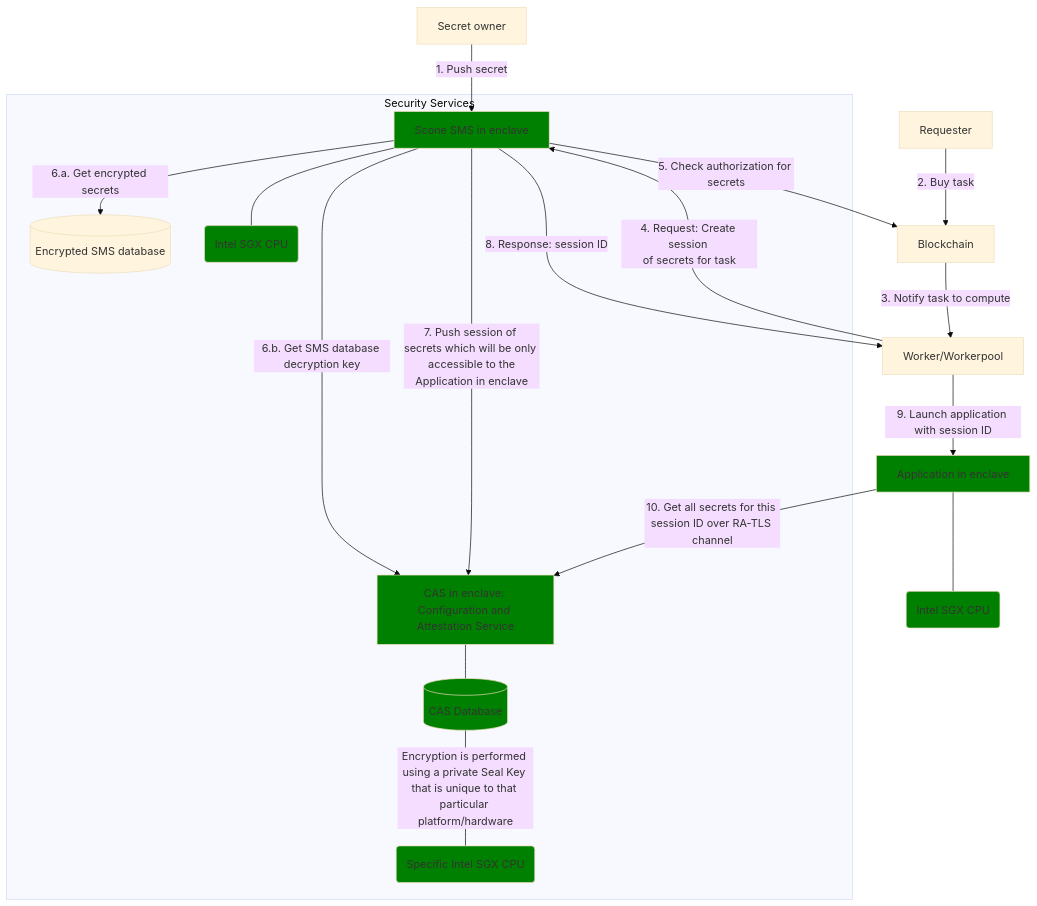
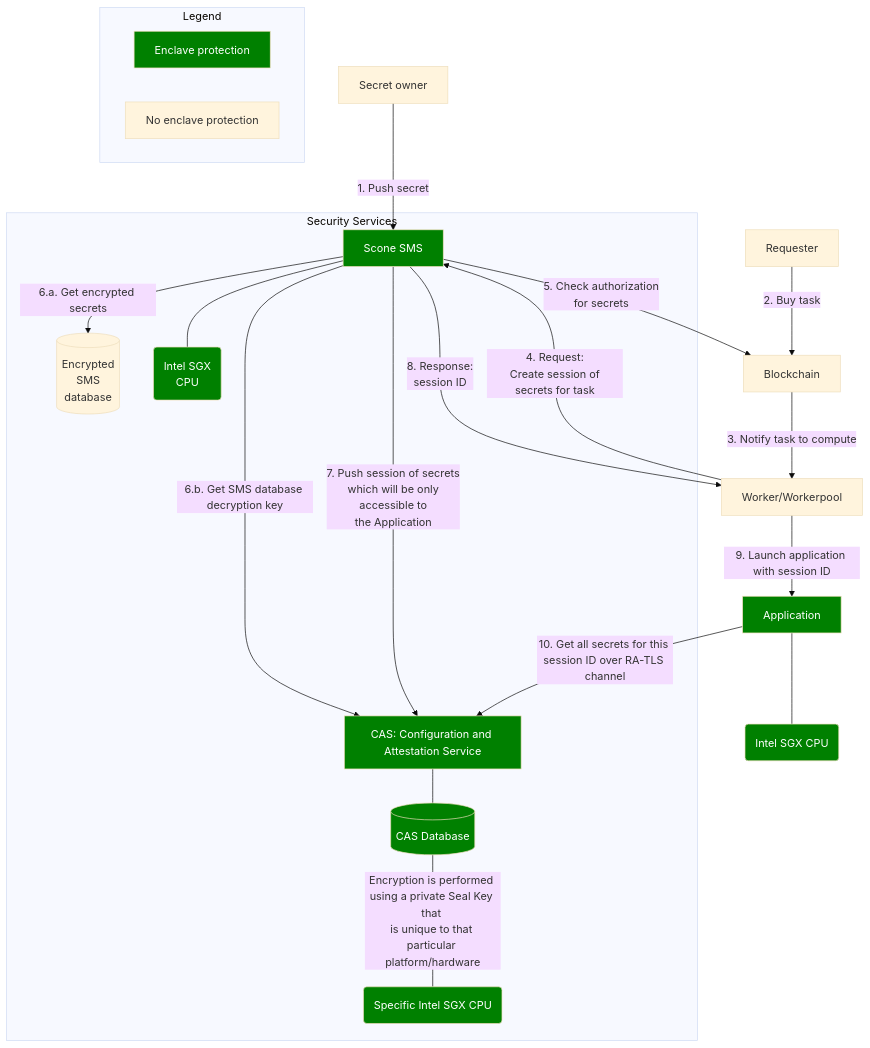
The diagram in for-developers/go-to-production.md (iExecBlockchainComputing/documentation), drawn with Mermaid (base theme) before and after one commit.

Commit message:
Format prod graph

````diff
--- a/for-developers/go-to-production.md
+++ b/for-developers/go-to-production.md
@@ -25,35 +25,41 @@
 ```mermaid
 graph TD
     S[Secret owner] -->|1. Push secret| SMS
     Req[Requester] --> |2. Buy task| Chain
     Chain[Blockchain] --> |3. Notify task to compute| Worker[Worker/Workerpool]
-    Worker --> |4. Request: Create session <br>of secrets for task| SMS
-    SMS --> |5. Check authorization for secrets| Chain
+    Worker --> |4. Request:<br> Create session of secrets for task| SMS
+    SMS --> |5. Check authorization <br>for secrets| Chain
     SMS --> |6.a. Get encrypted secrets| SMSDB
     SMS --> |6.b. Get SMS database decryption key| CAS
-    SMS --> |7. Push session of secrets which will be only <br> accessible to the Application in enclave| CAS
-    SMS --> |8. Response: session ID| Worker
-    Worker --> |9. Launch application with session ID| App[Application in enclave]
+    SMS --> |7. Push session of secrets <br>which will be only <br> accessible to <br>the Application| CAS
+    SMS --> |8. Response: <br>session ID| Worker
+    Worker --> |9. Launch application with session ID| App[Application]
     App --> |10. Get all secrets for this session ID over RA-TLS channel| CAS
     SMS --- SMSCPU
     App --- AppCPU(Intel SGX CPU)
     CAS --- CASDB
-    CASDB --- |Encryption is performed using a private Seal Key that is unique to that particular platform/hardware| CASCPU
+    CASDB --- |Encryption is performed using a private Seal Key that <br>is unique to that particular platform/hardware| CASCPU
 
     subgraph "Security Services"
-        SMS[Scone SMS in enclave]
-        SMSDB[(Encrypted SMS database)]
-        SMSCPU(Intel SGX CPU)
-        CAS[CAS in enclave: Configuration and Attestation Service]
+        SMS[Scone SMS]
+        SMSDB[(Encrypted <br>SMS<br> database)]
+        SMSCPU(Intel SGX <br>CPU)
+        CAS[CAS: Configuration and Attestation Service]
         CASDB[(CAS Database)]
         CASCPU(Specific Intel SGX CPU)
     end
 
-    style SMS fill:green
-    style SMSCPU fill:green
-    style CAS fill:green
-    style CASDB fill:green
-    style CASCPU fill:green
-    style App fill:green
-    style AppCPU fill:green
+    subgraph "Legend"
+        IN[Enclave protection]
+        Out[No enclave protection]
+    end
+
+    style SMS fill:green,color:white
+    style SMSCPU fill:green,color:white
+    style CAS fill:green,color:white
+    style CASDB fill:green,color:white
+    style CASCPU fill:green,color:white
+    style App fill:green,color:white
+    style AppCPU fill:green,color:white
+    style IN fill:green,color:white
 ```
````
